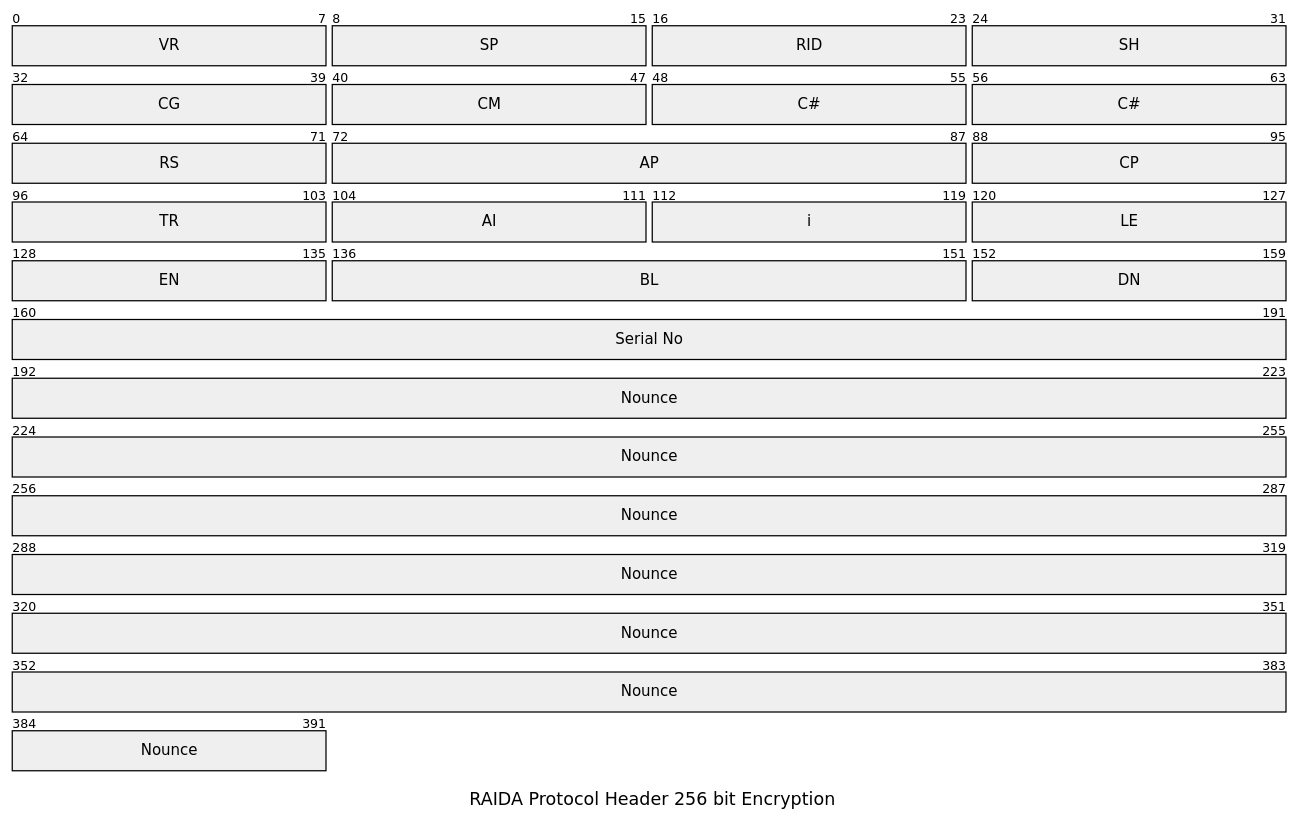
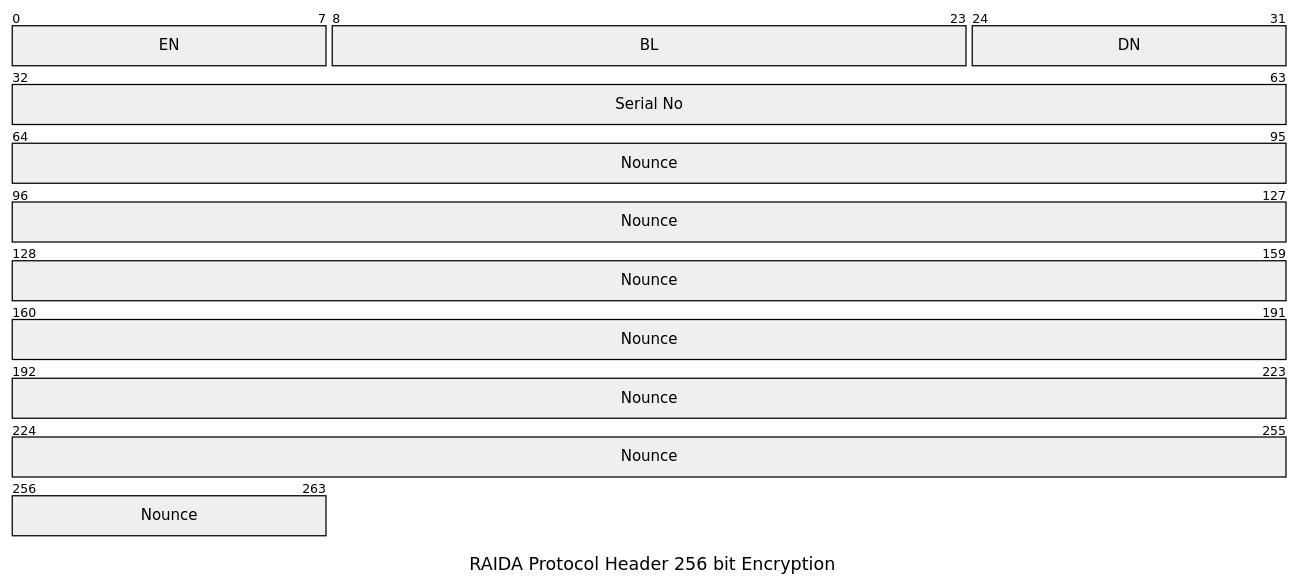
Before and after one commit to worthingtonse/client-prompts: the first of 2 diagrams in CONTEXT/request-header-format-for-256-bit-encryption.md, drawn with Mermaid. The commit also changed other lines of this file, not shown here.

````diff
--- a/CONTEXT/request-header-format-for-256-bit-encryption.md
+++ b/CONTEXT/request-header-format-for-256-bit-encryption.md
@@ -32,26 +24,11 @@
 ```mermaid
 ---
 title: "RAIDA Protocol Header 256 bit Encryption"
 ---
 packet-beta
-+8: "VR"
-+8: "SP"
-+8: "RID"
-+8: "SH"
-+8: "CG"
-+8: "CM"
-+8: "C#"
-+8: "C#"
-+8: "RS"
-+16: "AP"
-+8: "CP"
-+8: "TR"
-+8: "AI"
-+8: "i"
-+8: "LE"
 +8: "EN"
 +16: "BL"
 +8: "DN"
 +32: "Serial No"
 +200: "Nounce"
 ```
````
